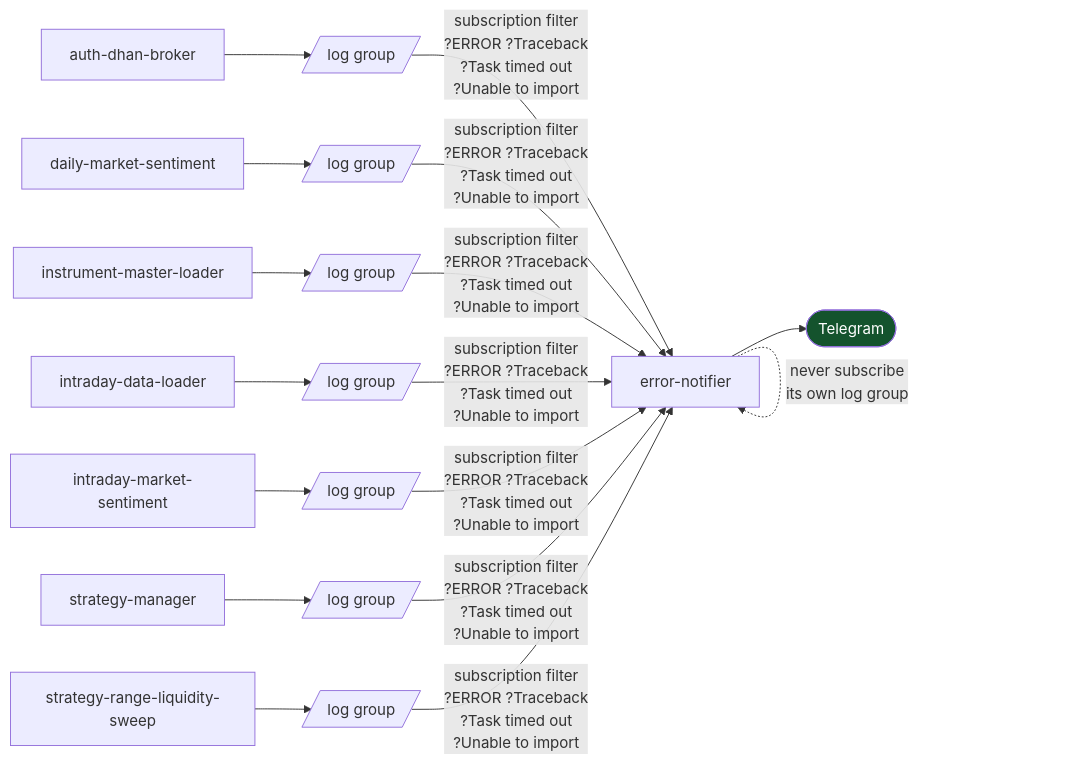
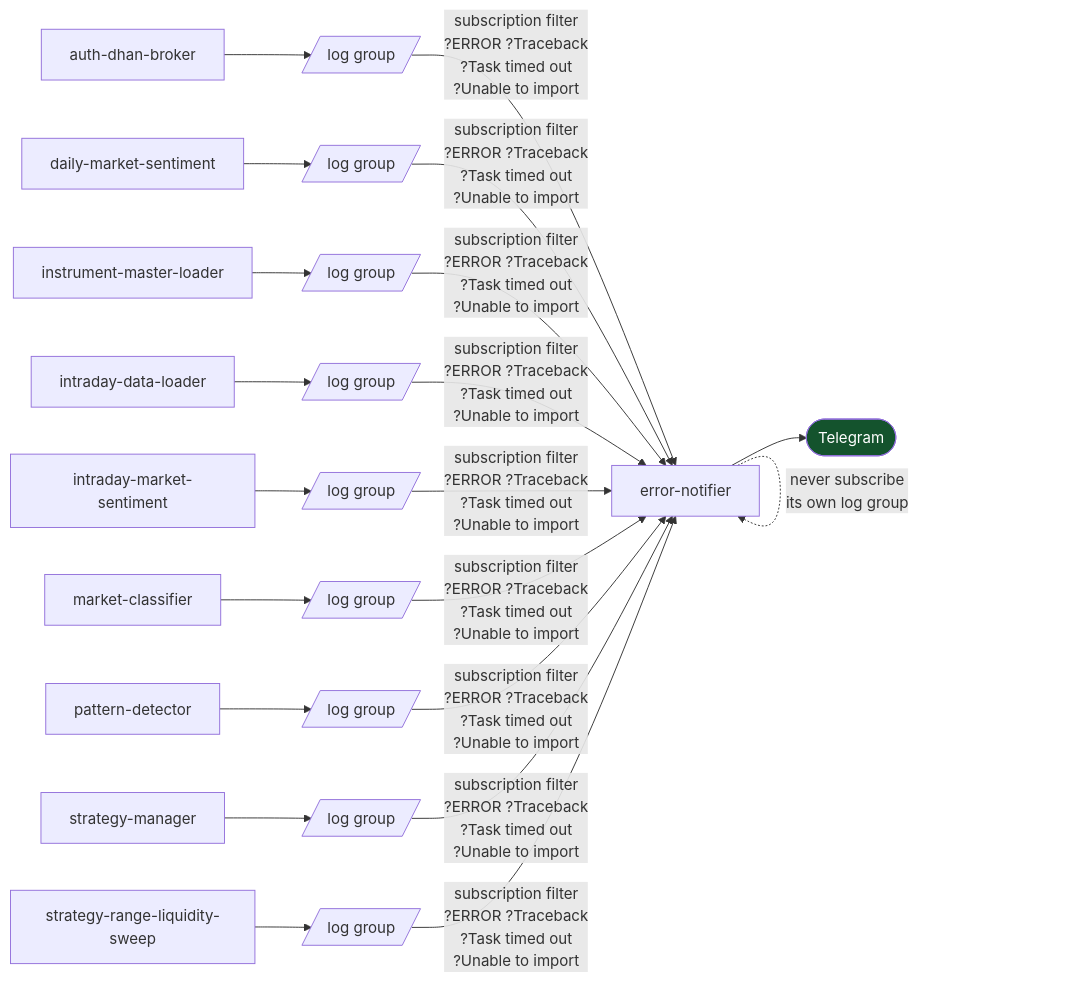
The seventh of 7 diagrams in docs/flow.md (amar7585/aws-algo-claude), drawn with Mermaid before and after one commit. The commit also changed other lines of this file and 10 other files, not shown here.

````diff
--- a/docs/flow.md
+++ b/docs/flow.md
@@ -411,16 +446,18 @@
 ```mermaid
 flowchart LR
     F1["auth-dhan-broker"] --> LG1[/"log group"/]
     F2["daily-market-sentiment"] --> LG2[/"log group"/]
     F3["instrument-master-loader"] --> LG3[/"log group"/]
     F4["intraday-data-loader"] --> LG4[/"log group"/]
     F5["intraday-market-sentiment"] --> LG5[/"log group"/]
-    F6["strategy-manager"] --> LG6[/"log group"/]
-    F7["strategy-range-liquidity-sweep"] --> LG7[/"log group"/]
+    F6["market-classifier"] --> LG6[/"log group"/]
+    F7["pattern-detector"] --> LG7[/"log group"/]
+    F8["strategy-manager"] --> LG8[/"log group"/]
+    F9["strategy-range-liquidity-sweep"] --> LG9[/"log group"/]
 
-    LG1 & LG2 & LG3 & LG4 & LG5 & LG6 & LG7 -->|"subscription filter<br/>?ERROR ?Traceback<br/>?Task timed out<br/>?Unable to import"| EN["error-notifier"]
+    LG1 & LG2 & LG3 & LG4 & LG5 & LG6 & LG7 & LG8 & LG9 -->|"subscription filter<br/>?ERROR ?Traceback<br/>?Task timed out<br/>?Unable to import"| EN["error-notifier"]
     EN --> TG(["Telegram"])
     EN -.->|"never subscribe<br/>its own log group"| EN
 
     style TG fill:#14532d,color:#fff
 ```
````
